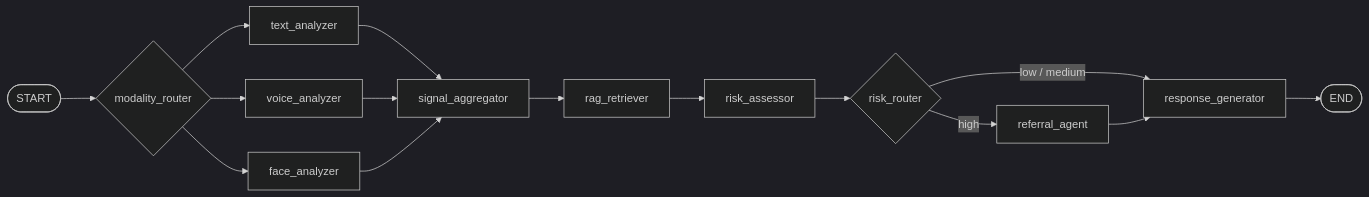
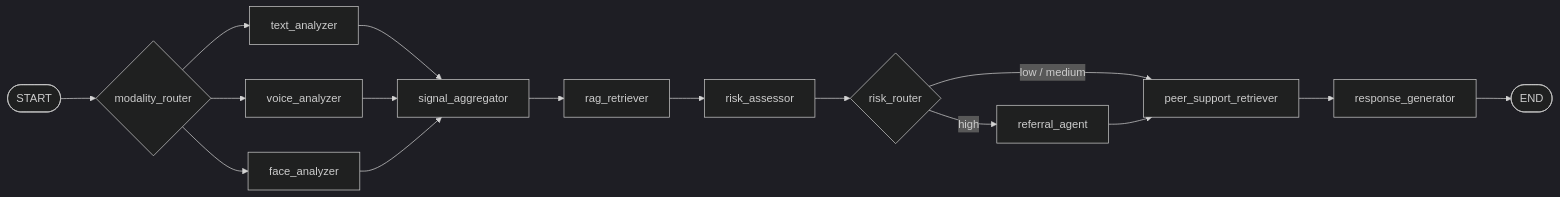
The first of 2 diagrams in docs/diagrams/core-architecture-mermaid.md (cqw241/mutiagent-psy-system), drawn with Mermaid (dark theme) before and after one commit. The commit also changed other lines of this file and 18 other files, not shown here.

````diff
--- a/docs/diagrams/core-architecture-mermaid.md
+++ b/docs/diagrams/core-architecture-mermaid.md
@@ -16,17 +16,18 @@
 ```mermaid
 flowchart LR
     Start([START]) --> Router{modality_router}
     Router --> Text[text_analyzer]
     Router --> Voice[voice_analyzer]
     Router --> Face[face_analyzer]
     Text --> Aggregate[signal_aggregator]
     Voice --> Aggregate
     Face --> Aggregate
     Aggregate --> RAG[rag_retriever]
     RAG --> Risk[risk_assessor]
     Risk --> Decision{risk_router}
     Decision -->|high| Referral[referral_agent]
-    Decision -->|low / medium| Response[response_generator]
-    Referral --> Response
+    Decision -->|low / medium| Peer[peer_support_retriever]
+    Referral --> Peer
+    Peer --> Response[response_generator]
     Response --> End([END])
 ```
````
